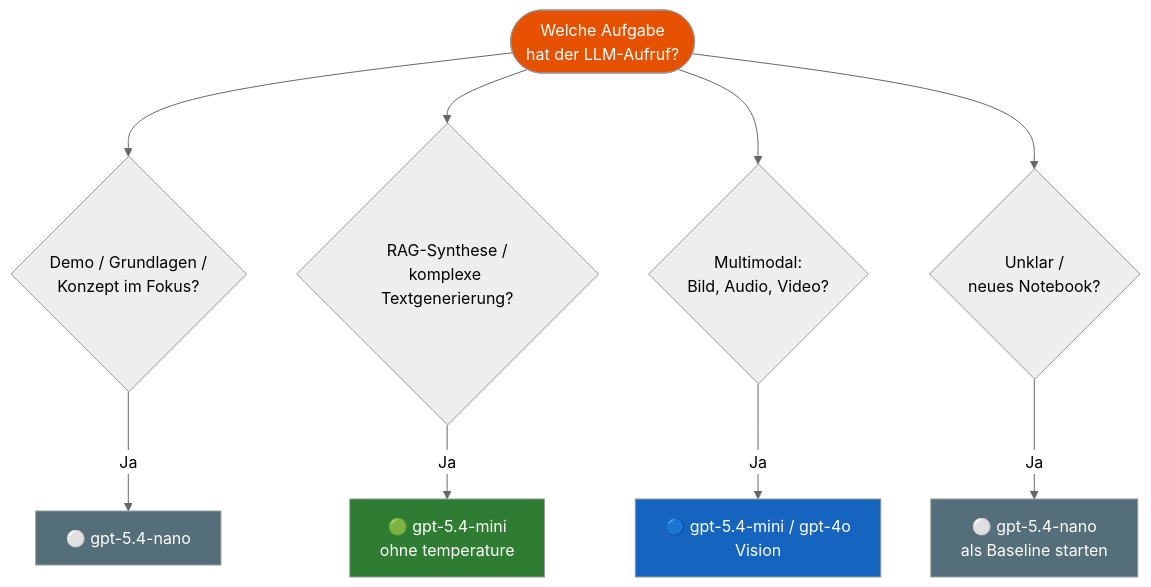
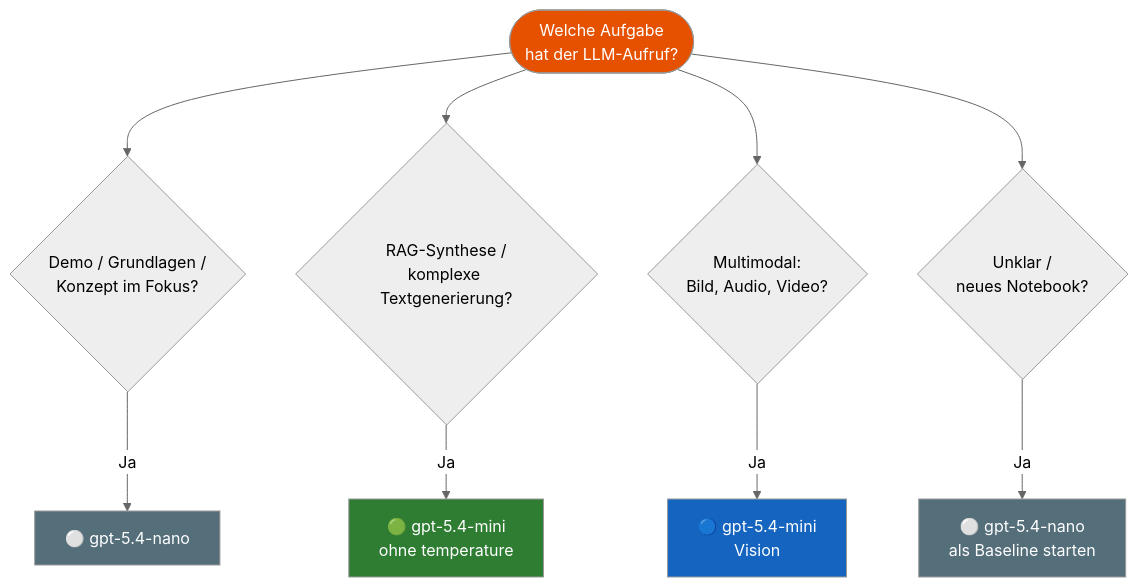
One commit to ralf-42/GenAI changed the diagram in docs/frameworks/modell-auswahl/modell-auswahl-guide.md. Above: the diagram before and after it, drawn with Mermaid (neutral theme). The commit also changed other lines of this file and 17 other files, not shown here.

````diff
--- a/docs/frameworks/modell-auswahl/modell-auswahl-guide.md
+++ b/docs/frameworks/modell-auswahl/modell-auswahl-guide.md
@@ -100,28 +99,28 @@
 ```mermaid
 flowchart TD
     START(["Welche Aufgabe
 hat der LLM-Aufruf?"])
 
     START --> D{"Demo / Grundlagen /
 Konzept im Fokus?"}
     START --> R{"RAG-Synthese /
 komplexe Textgenerierung?"}
     START --> M{"Multimodal:
 Bild, Audio, Video?"}
     START --> U{"Unklar /
 neues Notebook?"}
 
     D -->|Ja| MINI["⚪ gpt-5.4-nano"]
     R -->|Ja| GP["🟢 gpt-5.4-mini
 ohne temperature"]
-    M -->|Ja| GO["🔵 gpt-5.4-mini / gpt-4o
+    M -->|Ja| GO["🔵 gpt-5.4-mini
 Vision"]
     U -->|Ja| BASE["⚪ gpt-5.4-nano
 als Baseline starten"]
 
     style MINI fill:#546E7A,color:#fff
     style GP   fill:#2E7D32,color:#fff
     style GO   fill:#1565C0,color:#fff
     style BASE fill:#546E7A,color:#fff
     style START fill:#E65100,color:#fff
 ```
````
